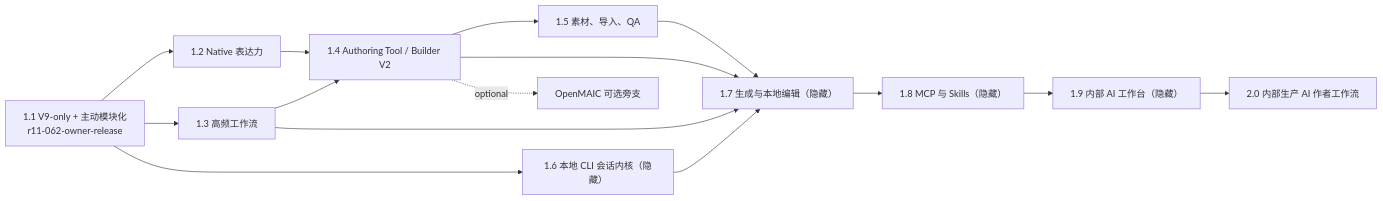
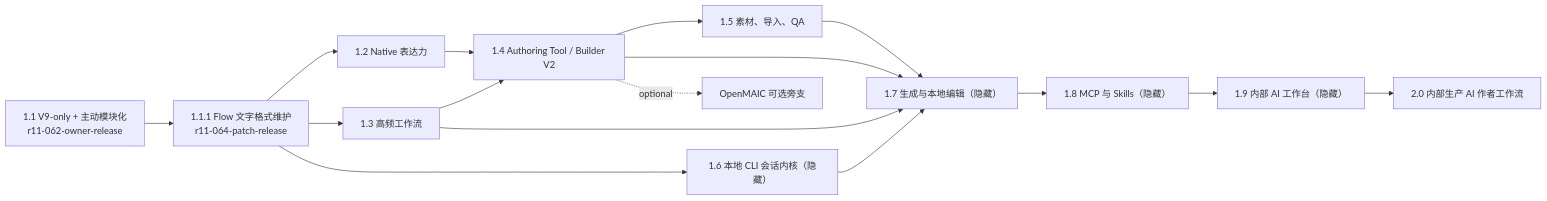
One commit to ghostairship-debug/ittoedu changed the diagram in docs/development-plan/roadmap/README.md. Above: the diagram before and after it, drawn with Mermaid. The commit also changed other lines of this file and 45 other files, not shown here.

Commit message:
fix: complete v1.1.1 flow text formatting

````diff
--- a/docs/development-plan/roadmap/README.md
+++ b/docs/development-plan/roadmap/README.md
@@ -25,27 +25,29 @@
 ```mermaid
 flowchart LR
     R11["1.1 V9-only + 主动模块化\nr11-062-owner-release"]
+    R111["1.1.1 Flow 文字格式维护\nr11-064-patch-release"]
     R12["1.2 Native 表达力"]
     R13["1.3 高频工作流"]
     R14["1.4 Authoring Tool / Builder V2"]
     R15["1.5 素材、导入、QA"]
     R16["1.6 本地 CLI 会话内核（隐藏）"]
     R17["1.7 生成与本地编辑（隐藏）"]
     R18["1.8 MCP 与 Skills（隐藏）"]
     R19["1.9 内部 AI 工作台（隐藏）"]
     R20["2.0 内部生产 AI 作者工作流"]
     O["OpenMAIC 可选旁支"]
 
-    R11 --> R12
-    R11 --> R13
-    R11 --> R16
+    R11 --> R111
+    R111 --> R12
+    R111 --> R13
+    R111 --> R16
     R12 --> R14
     R13 --> R14
     R14 --> R15
     R13 --> R17
     R14 --> R17
     R15 --> R17
     R16 --> R17
     R17 --> R18 --> R19 --> R20
     R14 -. optional .-> O
 ```
````
